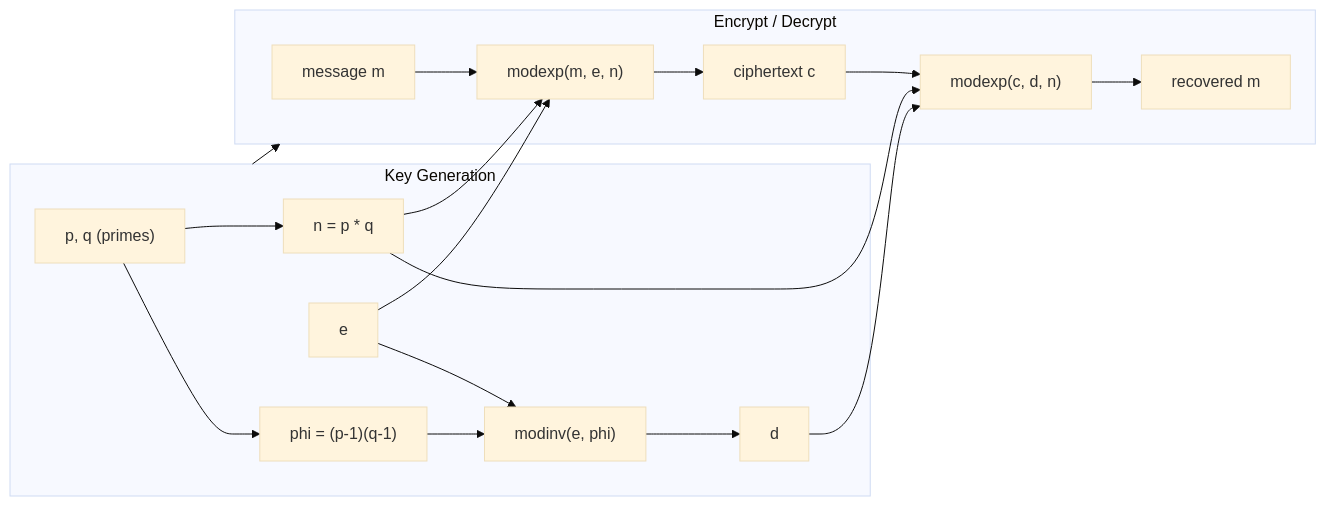
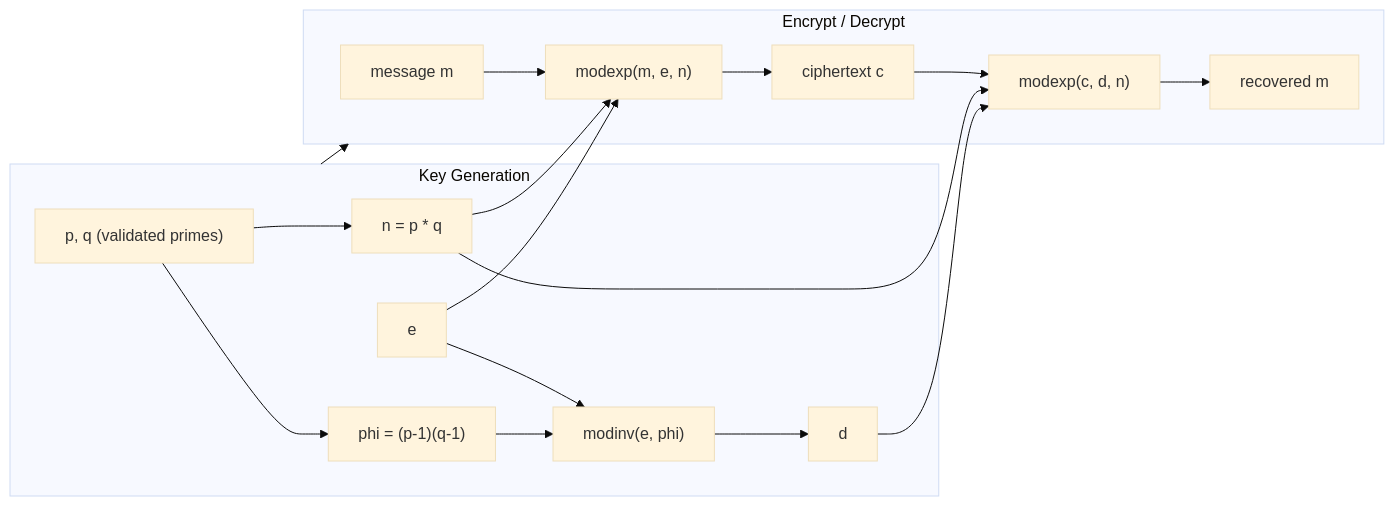
One commit to imjbassi/rsa-asm64 changed the diagram in README.md. Above: the diagram before and after it, drawn with Mermaid (base theme). The commit also changed other lines of this file and 22 other files, not shown here.

````diff
--- a/README.md
+++ b/README.md
@@ -23,23 +24,23 @@
 ```mermaid
 flowchart LR
     subgraph Keygen["Key Generation"]
-        P["p, q (primes)"] --> N["n = p * q"]
+        P["p, q (validated primes)"] --> N["n = p * q"]
         P --> PHI["phi = (p-1)(q-1)"]
         E["e"] --> INV["modinv(e, phi)"]
         PHI --> INV
         INV --> D["d"]
     end
 
     subgraph Crypto["Encrypt / Decrypt"]
         M["message m"] --> ENC["modexp(m, e, n)"]
         N --> ENC
         E --> ENC
         ENC --> C["ciphertext c"]
         C --> DEC["modexp(c, d, n)"]
         N --> DEC
         D --> DEC
         DEC --> M2["recovered m"]
     end
 
     Keygen --> Crypto
 ```
````
